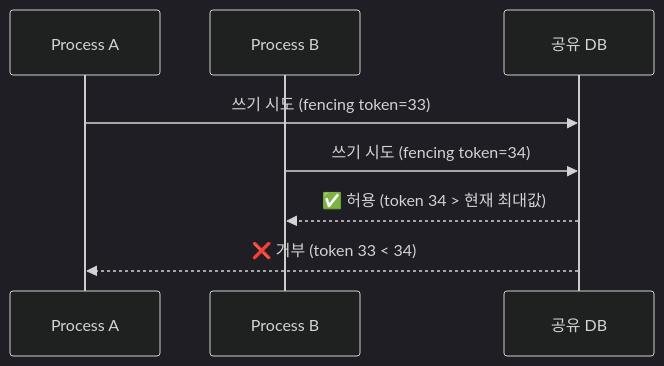
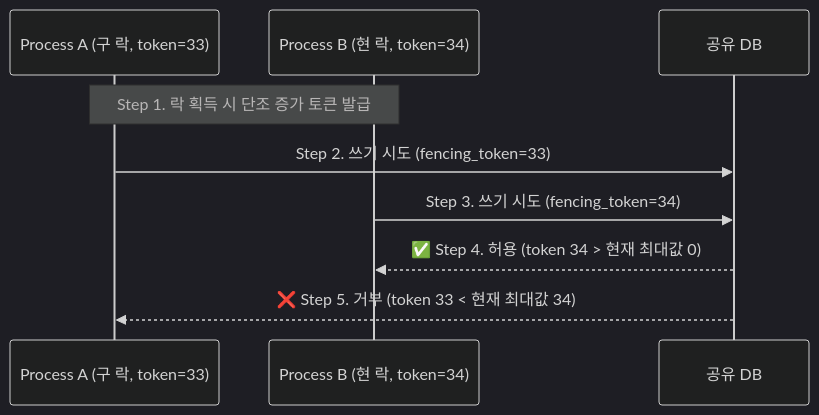
Before and after one commit to yjkim2015/yjkim2015.github.io: diagram 13 of 15 in _posts/redis/2026-05-01-redis-distributed-lock.md, drawn with Mermaid (dark theme). The commit also changed other lines of this file and 63 other files, not shown here.

```diff
--- a/_posts/redis/2026-05-01-redis-distributed-lock.md
+++ b/_posts/redis/2026-05-01-redis-distributed-lock.md
@@ -265,11 +826,12 @@
 <div class="mermaid">
 sequenceDiagram
-    participant A as Process A
-    participant B as Process B
+    participant A as Process A (구 락, token=33)
+    participant B as Process B (현 락, token=34)
     participant DB as 공유 DB
 
-    A->>DB: 쓰기 시도 (fencing token=33)
-    B->>DB: 쓰기 시도 (fencing token=34)
-    DB-->>B: ✅ 허용 (token 34 > 현재 최대값)
-    DB-->>A: ❌ 거부 (token 33 < 34)
+    Note over A,B: Step 1. 락 획득 시 단조 증가 토큰 발급
+    A->>DB: Step 2. 쓰기 시도 (fencing_token=33)
+    B->>DB: Step 3. 쓰기 시도 (fencing_token=34)
+    DB-->>B: ✅ Step 4. 허용 (token 34 > 현재 최대값 0)
+    DB-->>A: ❌ Step 5. 거부 (token 33 < 현재 최대값 34)
 </div>
```
